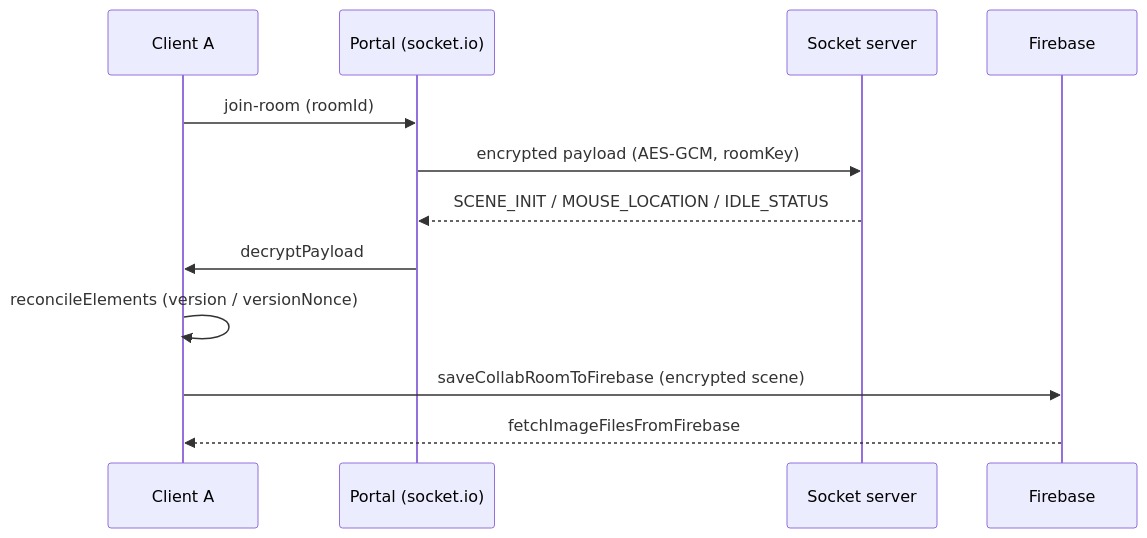
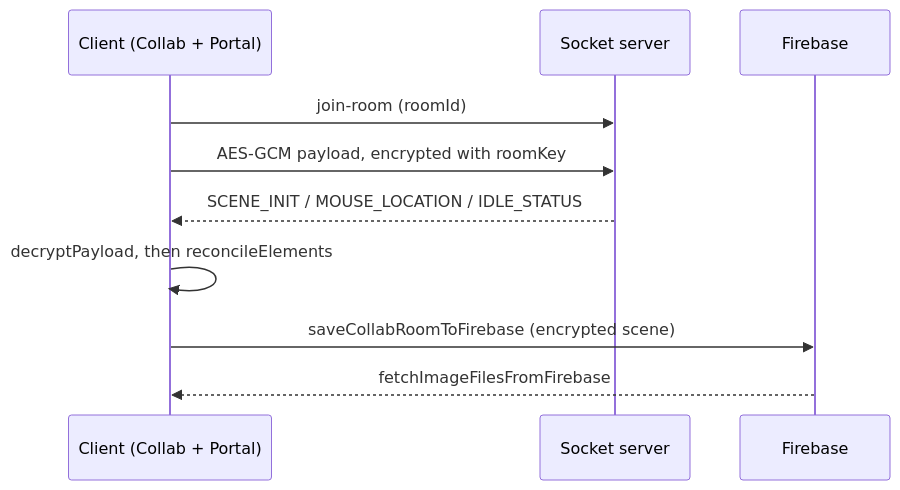
Before and after one commit to unobravo/whiteboard-fe: the fourth of 4 diagrams in docs/ARCHITECTURE.md, drawn with Mermaid. The commit also changed other lines of this file, not shown here.

````diff
--- a/docs/ARCHITECTURE.md
+++ b/docs/ARCHITECTURE.md
@@ -373,14 +413,12 @@
 ```mermaid
 sequenceDiagram
-  participant A as Client A
-  participant P as Portal (socket.io)
+  participant C as Client (Collab + Portal)
   participant WS as Socket server
   participant FB as Firebase
-  A->>P: join-room (roomId)
-  P->>WS: encrypted payload (AES-GCM, roomKey)
-  WS-->>P: SCENE_INIT / MOUSE_LOCATION / IDLE_STATUS
-  P->>A: decryptPayload
-  A->>A: reconcileElements (version / versionNonce)
-  A->>FB: saveCollabRoomToFirebase (encrypted scene)
-  FB-->>A: fetchImageFilesFromFirebase
+  C->>WS: join-room (roomId)
+  C->>WS: AES-GCM payload, encrypted with roomKey
+  WS-->>C: SCENE_INIT / MOUSE_LOCATION / IDLE_STATUS
+  C->>C: decryptPayload, then reconcileElements
+  C->>FB: saveCollabRoomToFirebase (encrypted scene)
+  FB-->>C: fetchImageFilesFromFirebase
 ```
````
